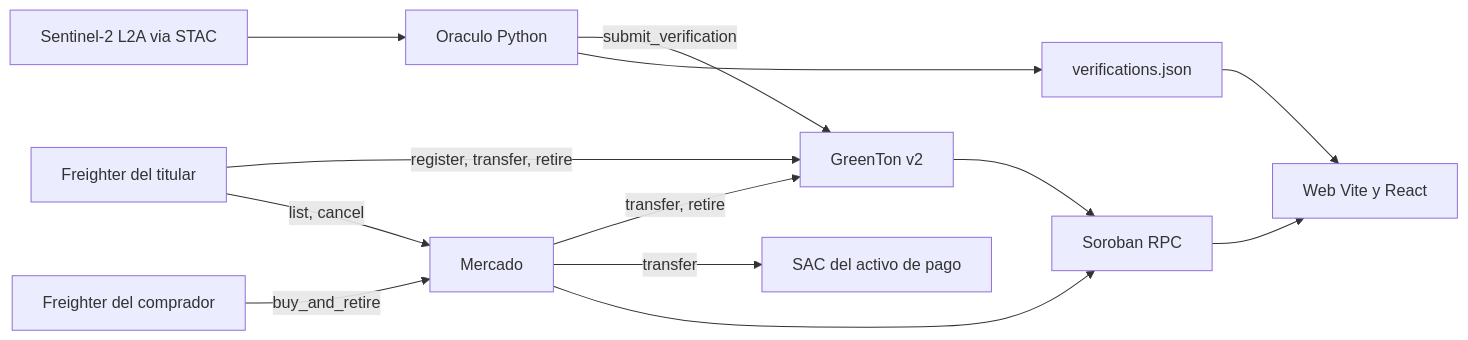
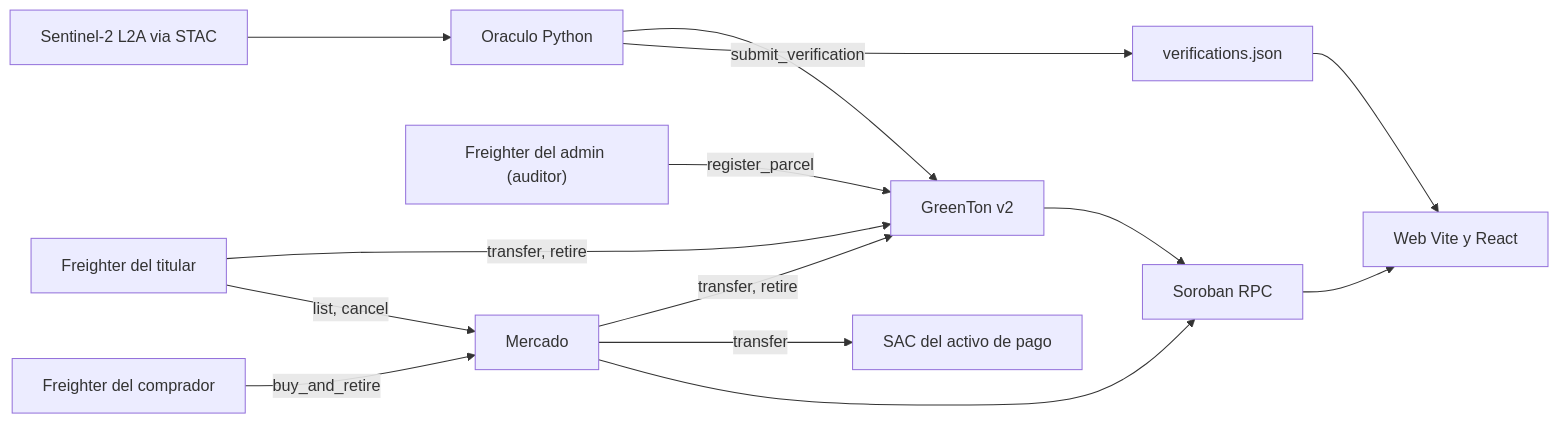
One commit to SixtoArrejin/ideathon changed the first of 2 diagrams in docs/spec-sistema-completo.md. Above: the diagram before and after it, drawn with Mermaid. The commit also changed other lines of this file and 8 other files, not shown here.

````diff
--- a/docs/spec-sistema-completo.md
+++ b/docs/spec-sistema-completo.md
@@ -41,15 +41,16 @@
 ```mermaid
 flowchart LR
   sentinel["Sentinel-2 L2A via STAC"] --> oracle["Oraculo Python"]
   oracle -->|"submit_verification"| greenton["GreenTon v2"]
-  owner["Freighter del titular"] -->|"register, transfer, retire"| greenton
+  admin["Freighter del admin (auditor)"] -->|"register_parcel"| greenton
+  owner["Freighter del titular"] -->|"transfer, retire"| greenton
   owner -->|"list, cancel"| market["Mercado"]
   buyer["Freighter del comprador"] -->|"buy_and_retire"| market
   market -->|"transfer, retire"| greenton
   market -->|"transfer"| sac["SAC del activo de pago"]
   greenton --> rpc["Soroban RPC"]
   market --> rpc
   rpc --> web["Web Vite y React"]
   oracle --> evidence["verifications.json"]
   evidence --> web
 ```
````
